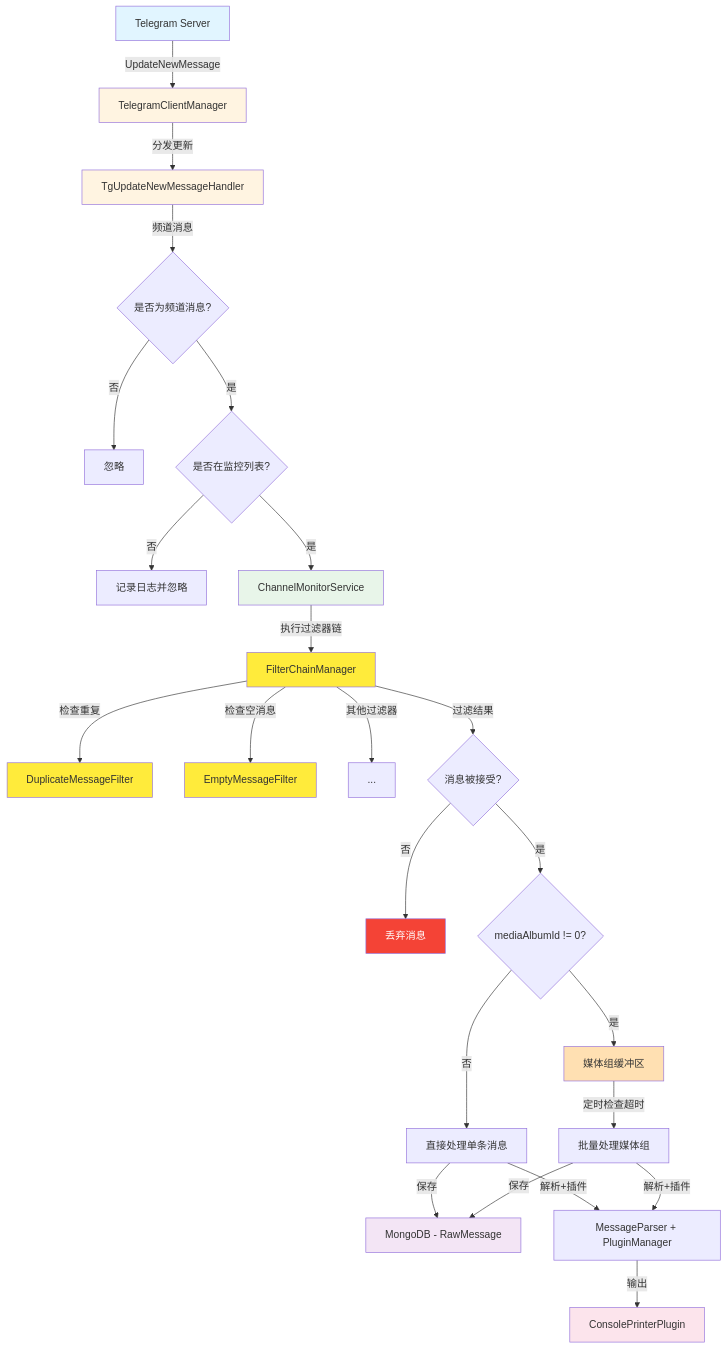
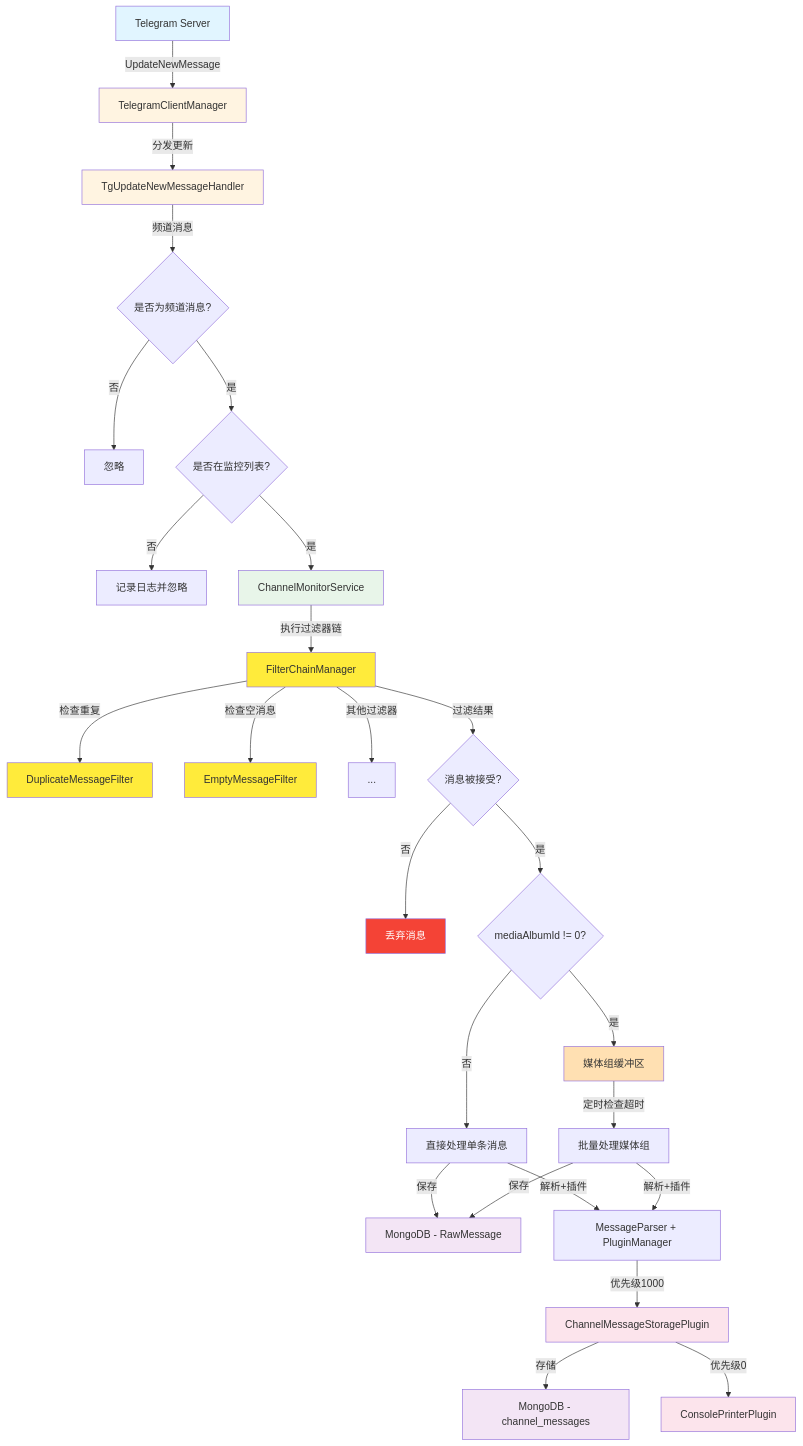
Before and after one commit to tianlovo/CocoMonyaB: the first of 27 diagrams in docs/arch/消息处理流程图.md, drawn with Mermaid. The commit also changed other lines of this file and 10 other files, not shown here.

````diff
--- a/docs/arch/消息处理流程图.md
+++ b/docs/arch/消息处理流程图.md
@@ -26,37 +26,41 @@
 ```mermaid
 graph TB
     A[Telegram Server] -->|UpdateNewMessage| B[TelegramClientManager]
     B -->|分发更新| C[TgUpdateNewMessageHandler]
     C -->|频道消息| D{是否为频道消息?}
     D -->|否| E[忽略]
     D -->|是| F{是否在监控列表?}
     F -->|否| G[记录日志并忽略]
     F -->|是| H[ChannelMonitorService]
     H -->|执行过滤器链| FC[FilterChainManager]
     FC -->|检查重复| FD[DuplicateMessageFilter]
     FC -->|检查空消息| FE[EmptyMessageFilter]
     FC -->|其他过滤器| FF[...]
     FC -->|过滤结果| FG{消息被接受?}
     FG -->|否| FH[丢弃消息]
     FG -->|是| I{mediaAlbumId != 0?}
     I -->|是| J[媒体组缓冲区]
     I -->|否| K[直接处理单条消息]
     J -->|定时检查超时| L[批量处理媒体组]
     K -->|保存| M[MongoDB - RawMessage]
     L -->|保存| M
     K -->|解析+插件| N[MessageParser + PluginManager]
     L -->|解析+插件| N
-    N -->|输出| O[ConsolePrinterPlugin]
+    N -->|优先级1000| N1[ChannelMessageStoragePlugin]
+    N1 -->|存储| M1[MongoDB - channel_messages]
+    N1 -->|优先级0| O[ConsolePrinterPlugin]
     
     style A fill:#e1f5ff
     style B fill:#fff4e1
     style C fill:#fff4e1
     style H fill:#e8f5e9
     style FC fill:#ffeb3b
     style FD fill:#ffeb3b
     style FE fill:#ffeb3b
     style J fill:#ffe0b2
     style M fill:#f3e5f5
+    style M1 fill:#f3e5f5
+    style N1 fill:#fce4ec
     style O fill:#fce4ec
     style FH fill:#f44336,color:#fff
 ```
````
